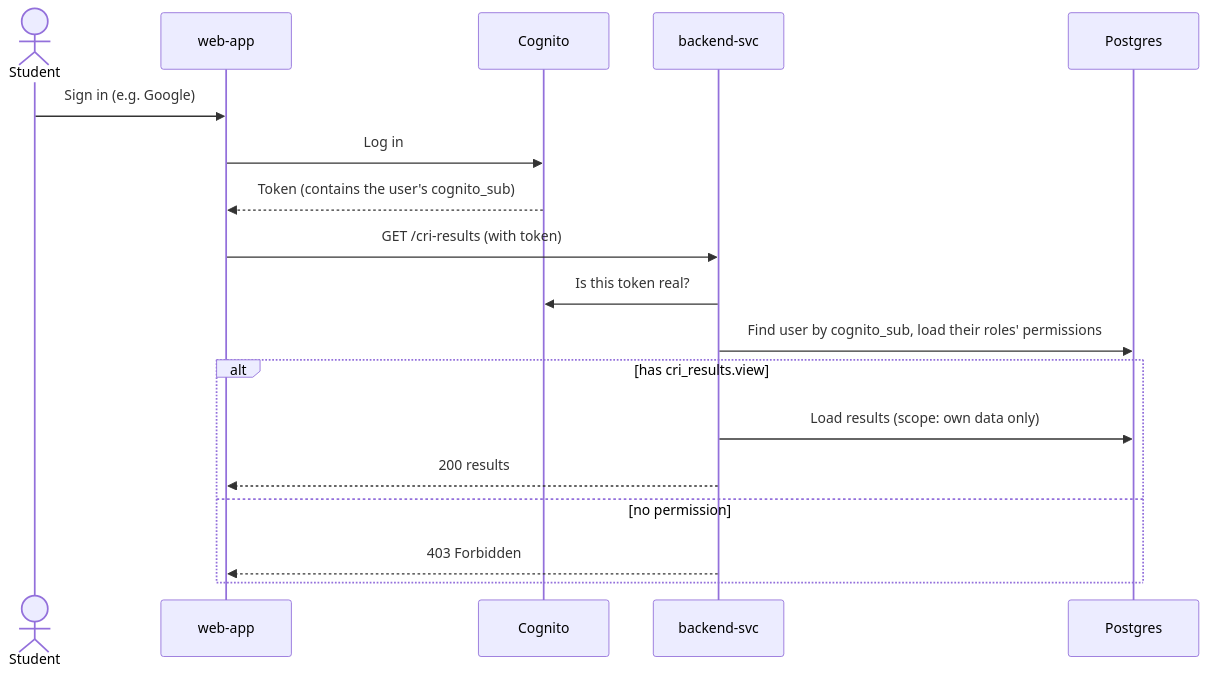
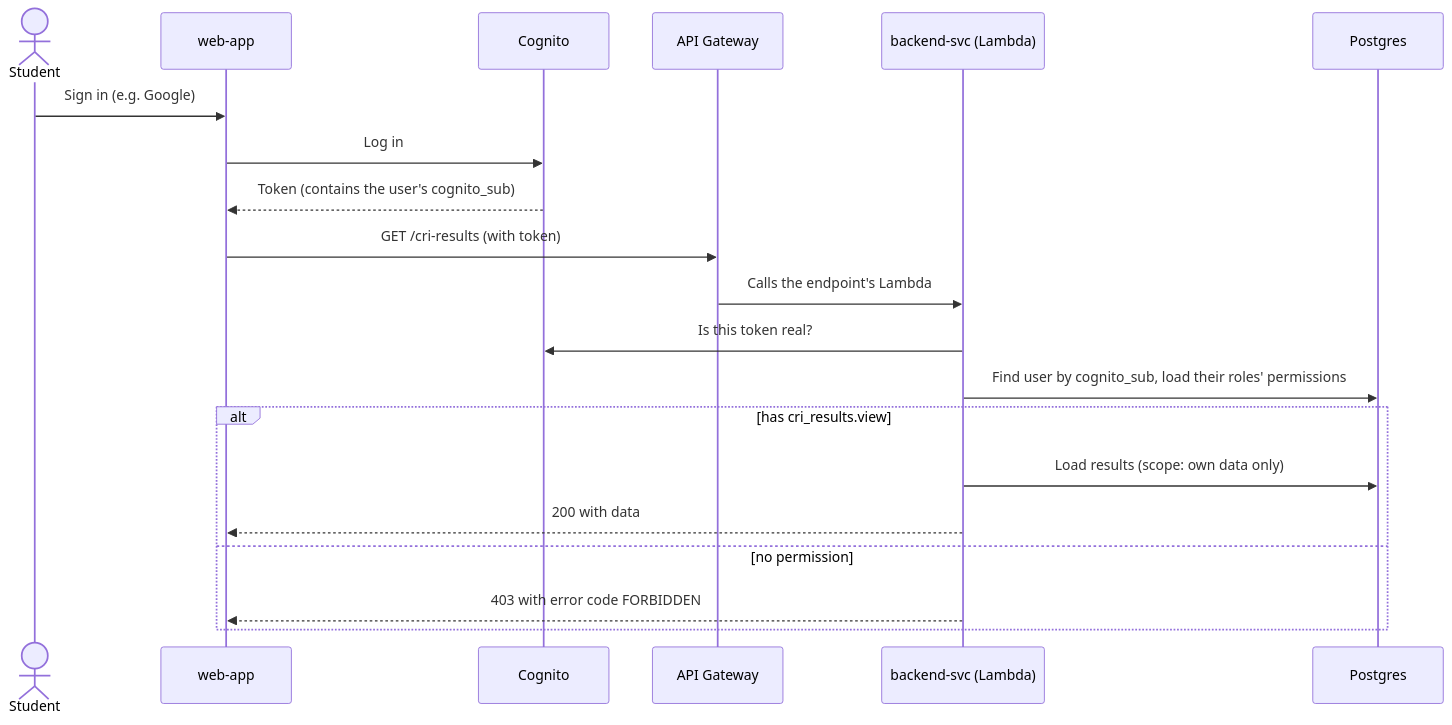
The fourth of 4 diagrams in architecture/overview.md (metadamen-ai-career-os/metadamen-engineering-docs), drawn with Mermaid before and after one commit. The commit also changed other lines of this file and 5 other files, not shown here.

````diff
--- a/architecture/overview.md
+++ b/architecture/overview.md
@@ -154,21 +164,23 @@
 ```mermaid
 sequenceDiagram
     actor U as Student
     participant A as web-app
     participant C as Cognito
-    participant B as backend-svc
+    participant G as API Gateway
+    participant B as backend-svc (Lambda)
     participant D as Postgres
 
     U->>A: Sign in (e.g. Google)
     A->>C: Log in
     C-->>A: Token (contains the user's cognito_sub)
-    A->>B: GET /cri-results (with token)
+    A->>G: GET /cri-results (with token)
+    G->>B: Calls the endpoint's Lambda
     B->>C: Is this token real?
     B->>D: Find user by cognito_sub, load their roles' permissions
     alt has cri_results.view
         B->>D: Load results (scope: own data only)
-        B-->>A: 200 results
+        B-->>A: 200 with data
     else no permission
-        B-->>A: 403 Forbidden
+        B-->>A: 403 with error code FORBIDDEN
     end
 ```
````
